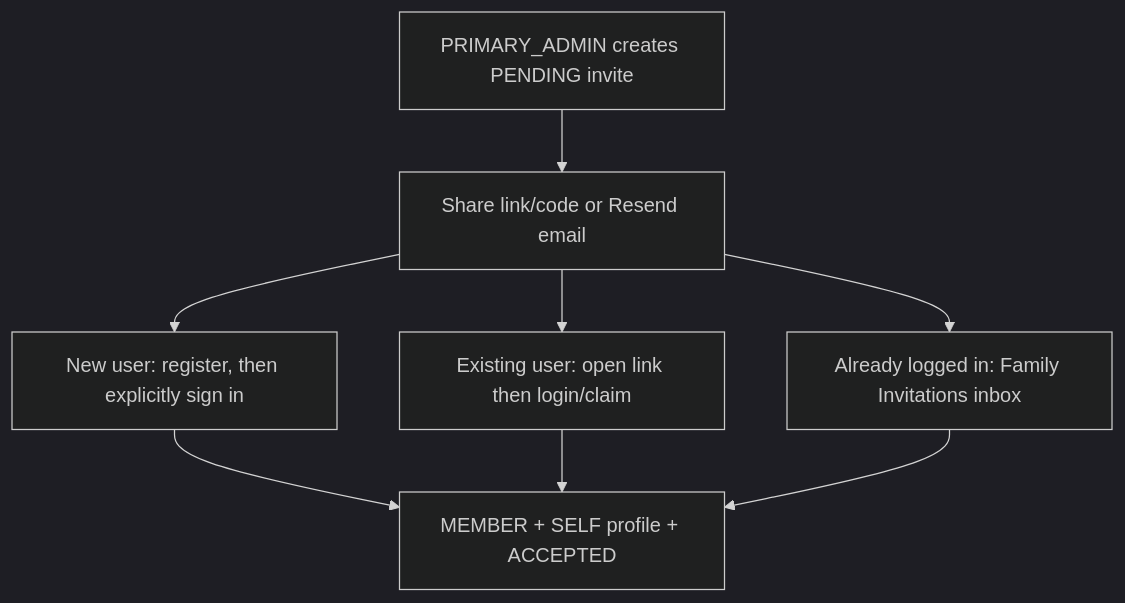
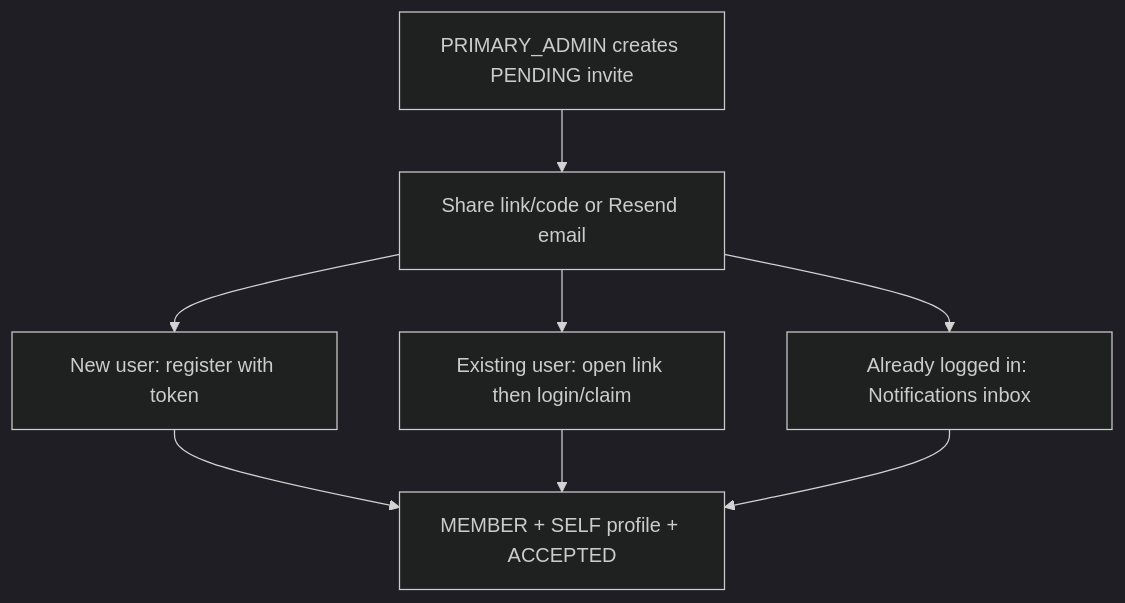
The diagram in client/mobile/app/src/main/java/sg/edu/nus/iss/canmakan/features/family/README.md (CanMakan-Team/CanMakan), drawn with Mermaid (dark theme) before and after one commit. The commit also changed other lines of this file, not shown here.

First line of the commit message:
Revise family invitation and profile management details

````diff
--- a/client/mobile/app/src/main/java/sg/edu/nus/iss/canmakan/features/family/README.md
+++ b/client/mobile/app/src/main/java/sg/edu/nus/iss/canmakan/features/family/README.md
@@ -37,10 +36,10 @@
 ```mermaid
 flowchart TD
   Admin[PRIMARY_ADMIN creates PENDING invite] --> Share[Share link/code or Resend email]
-  Share --> PathA[New user: register, then explicitly sign in]
+  Share --> PathA[New user: register with token]
   Share --> PathB[Existing user: open link then login/claim]
-  Share --> PathC[Already logged in: Family Invitations inbox]
+  Share --> PathC[Already logged in: Notifications inbox]
   PathA --> Join[MEMBER + SELF profile + ACCEPTED]
   PathB --> Join
   PathC --> Join
 ```
````
